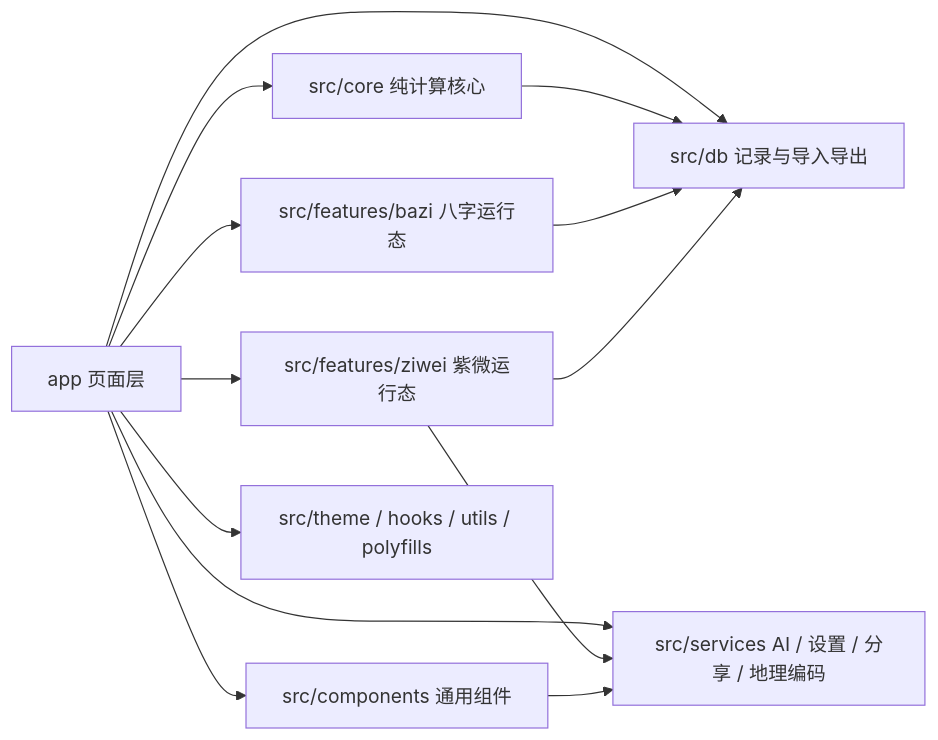
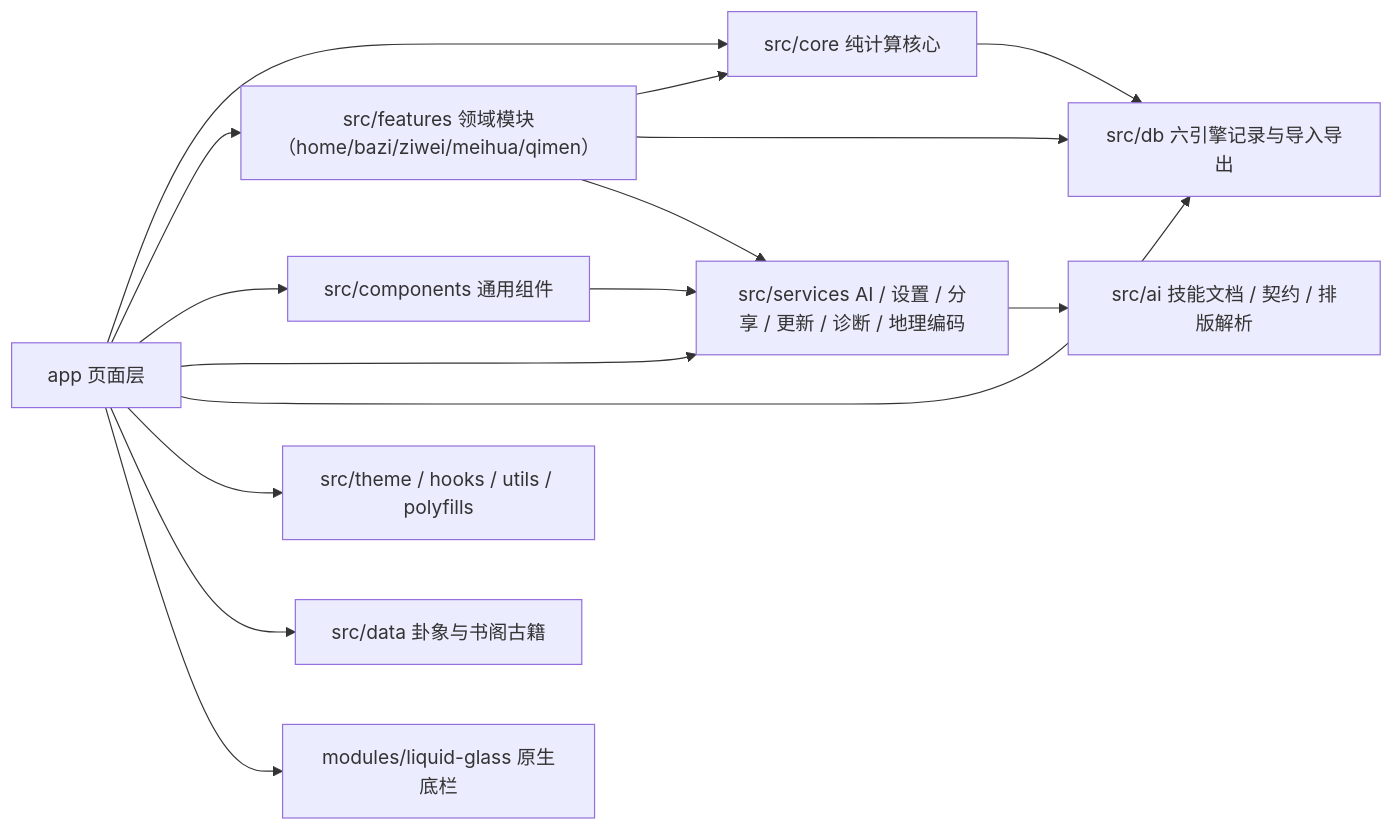
One commit to Nyxlux-bot/JianJi changed the diagram in PROJECT_ARCHITECTURE.md. Above: the diagram before and after it, drawn with Mermaid. The commit also changed other lines of this file and 3 other files, not shown here.

````diff
--- a/PROJECT_ARCHITECTURE.md
+++ b/PROJECT_ARCHITECTURE.md
@@ -150,15 +187,17 @@
 ```mermaid
 flowchart LR
   A["app 页面层"] --> B["src/core 纯计算核心"]
-  A --> C["src/features/bazi 八字运行态"]
-  A --> D["src/features/ziwei 紫微运行态"]
+  A --> C["src/features 领域模块（home/bazi/ziwei/meihua/qimen）"]
   A --> E["src/components 通用组件"]
-  A --> F["src/services AI / 设置 / 分享 / 地理编码"]
-  A --> G["src/db 记录与导入导出"]
+  A --> F["src/services AI / 设置 / 分享 / 更新 / 诊断 / 地理编码"]
+  A --> G["src/db 六引擎记录与导入导出"]
   A --> H["src/theme / hooks / utils / polyfills"]
+  A --> I["src/data 卦象与书阁古籍"]
+  A --> J["modules/liquid-glass 原生底栏"]
+  C --> B
+  C --> G
+  C --> F
+  E --> F
+  F --> K["src/ai 技能文档 / 契约 / 排版解析"]
   B --> G
-  C --> G
-  D --> G
-  D --> F
-  E --> F
 ```
````
